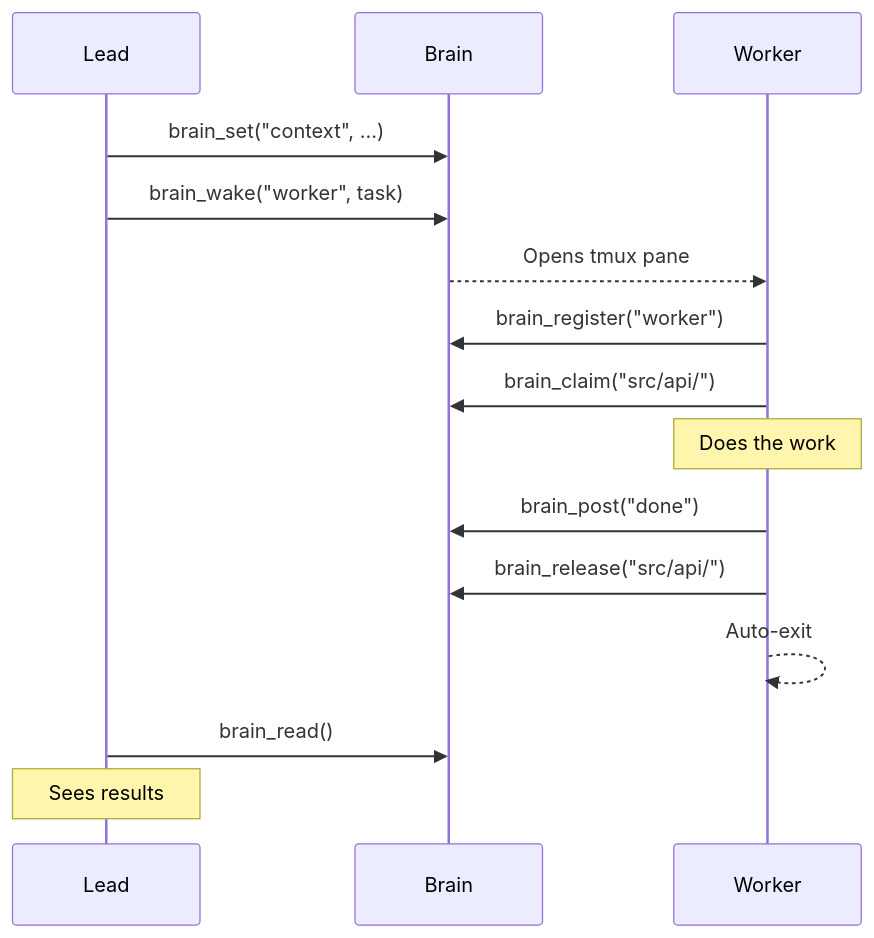
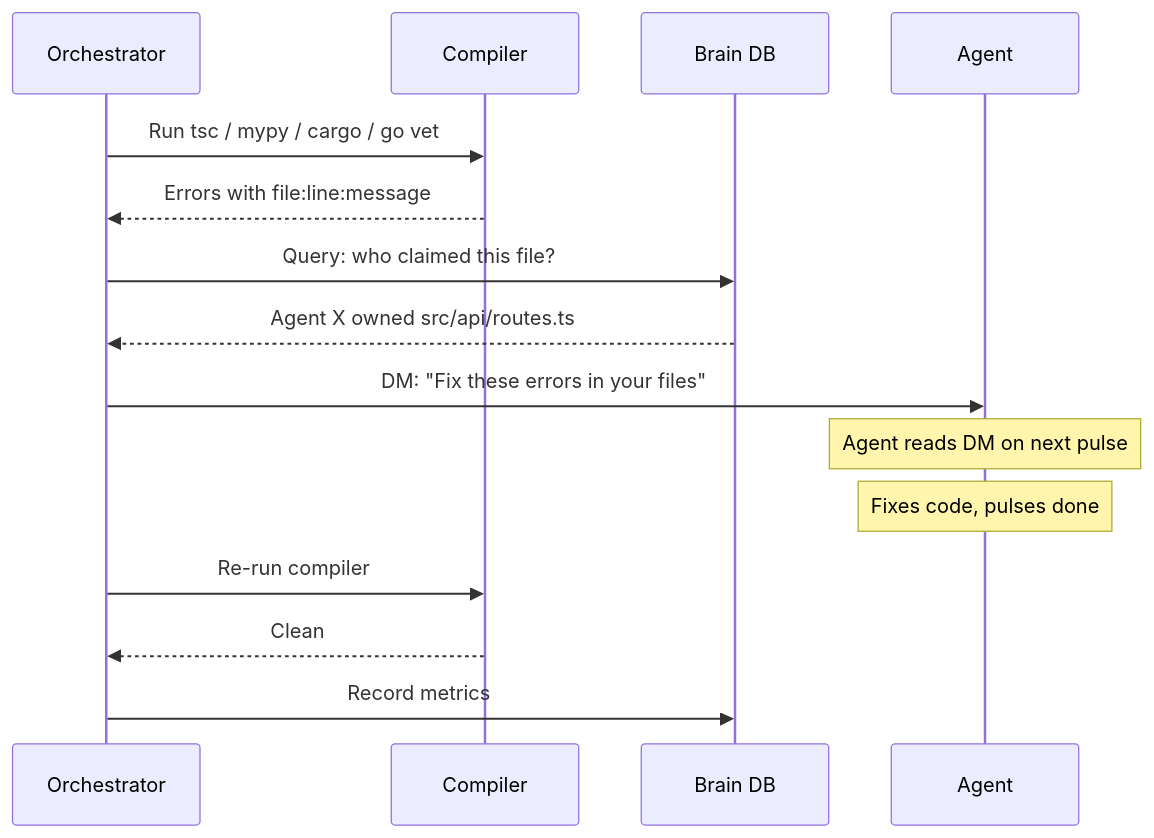
One commit to DevvGwardo/brain-mcp changed the second of 8 diagrams in README.md. Above: the diagram before and after it, drawn with Mermaid. The commit also changed other lines of this file and 18 other files, not shown here.

````diff
--- a/README.md
+++ b/README.md
@@ -174,22 +321,21 @@
 ```mermaid
 sequenceDiagram
-    participant L as Lead
-    participant B as Brain
-    participant W as Worker
+    participant O as Orchestrator
+    participant C as Compiler
+    participant DB as Brain DB
+    participant A as Agent
 
-    L->>B: brain_set("context", ...)
-    L->>B: brain_wake("worker", task)
-    B-->>W: Opens tmux pane
+    O->>C: Run tsc / mypy / cargo / go vet
+    C-->>O: Errors with file:line:message
 
-    W->>B: brain_register("worker")
-    W->>B: brain_claim("src/api/")
+    O->>DB: Query: who claimed this file?
+    DB-->>O: Agent X owned src/api/routes.ts
 
-    Note over W: Does the work
+    O->>A: DM: "Fix these errors in your files"
+    Note over A: Agent reads DM on next pulse
+    Note over A: Fixes code, pulses done
 
-    W->>B: brain_post("done")
-    W->>B: brain_release("src/api/")
-    W-->>W: Auto-exit
-
-    L->>B: brain_read()
-    Note over L: Sees results
+    O->>C: Re-run compiler
+    C-->>O: Clean
+    O->>DB: Record metrics
 ```
````
